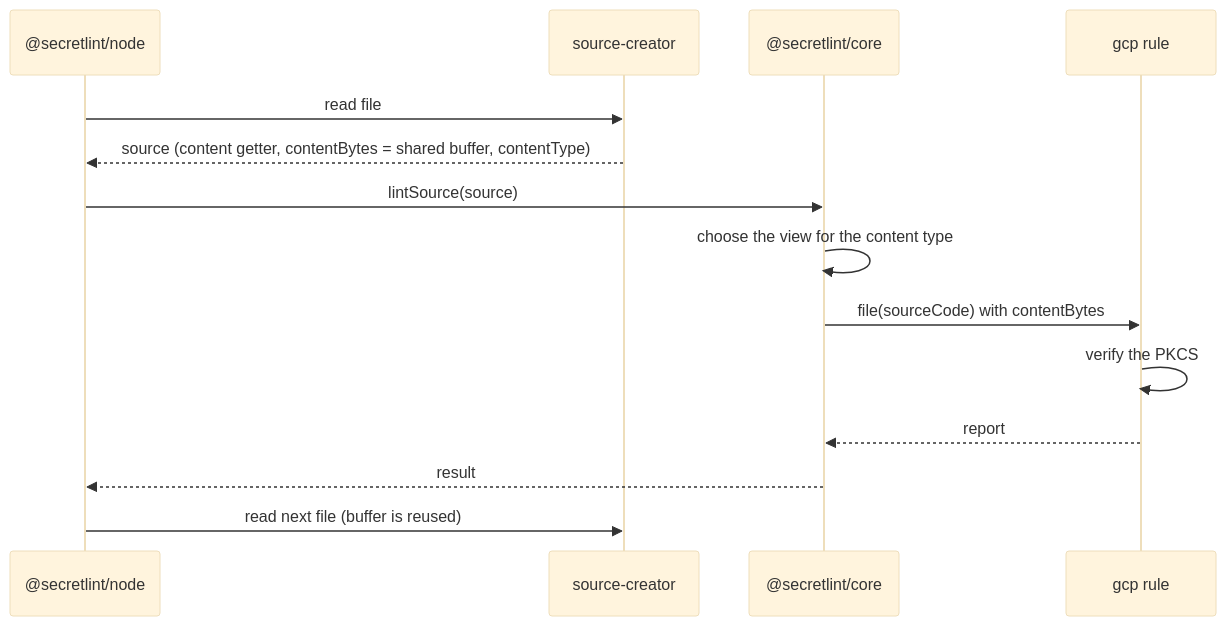
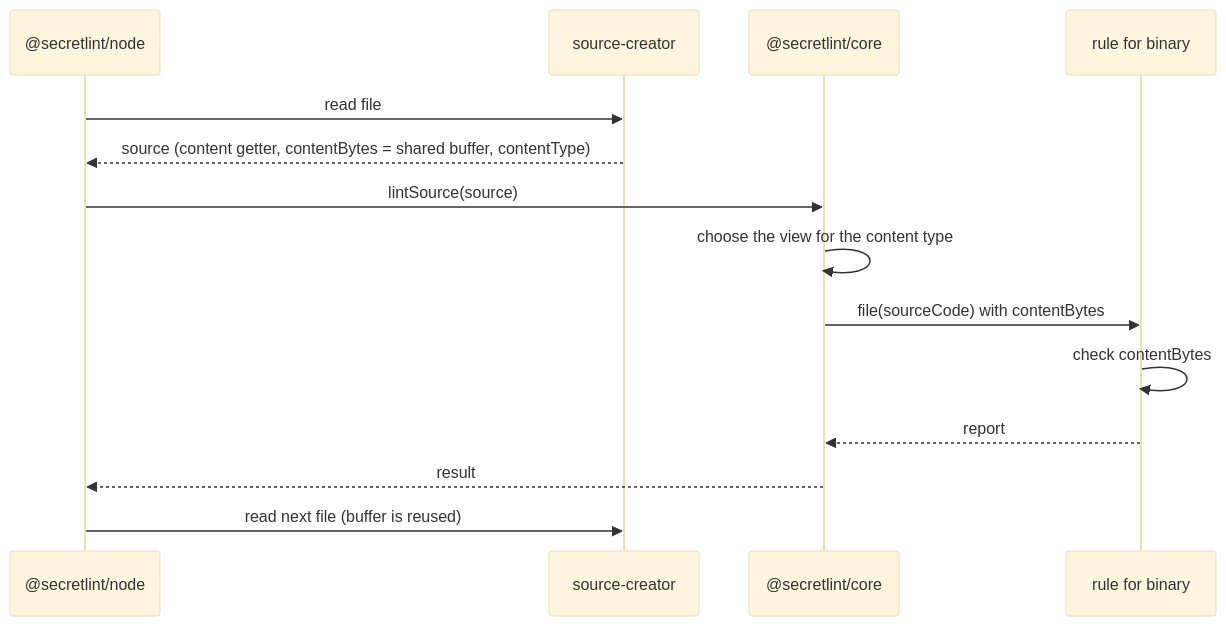
One commit to secretlint/secretlint changed the diagram in docs/products/secretlint/features/secret-scanning/design.md. Above: the diagram before and after it, drawn with Mermaid (base theme). The commit also changed other lines of this file and 1 other file, not shown here.

First line of the commit message:
docs(sdev): describe rules that check binary content in general, not the gcp rule

````diff
--- a/docs/products/secretlint/features/secret-scanning/design.md
+++ b/docs/products/secretlint/features/secret-scanning/design.md
@@ -86,16 +94,16 @@
 ```mermaid
 sequenceDiagram
     participant Engine as @secretlint/node
     participant Reader as source-creator
     participant Core as @secretlint/core
-    participant Rule as gcp rule
+    participant Rule as rule for binary
     Engine->>Reader: read file
     Reader-->>Engine: source (content getter, contentBytes = shared buffer, contentType)
     Engine->>Core: lintSource(source)
     Core->>Core: choose the view for the content type
     Core->>Rule: file(sourceCode) with contentBytes
-    Rule->>Rule: verify the PKCS#12 MAC of contentBytes
+    Rule->>Rule: check contentBytes
     Rule-->>Core: report
     Core-->>Engine: result
     Engine->>Reader: read next file (buffer is reused)
 ```
````
